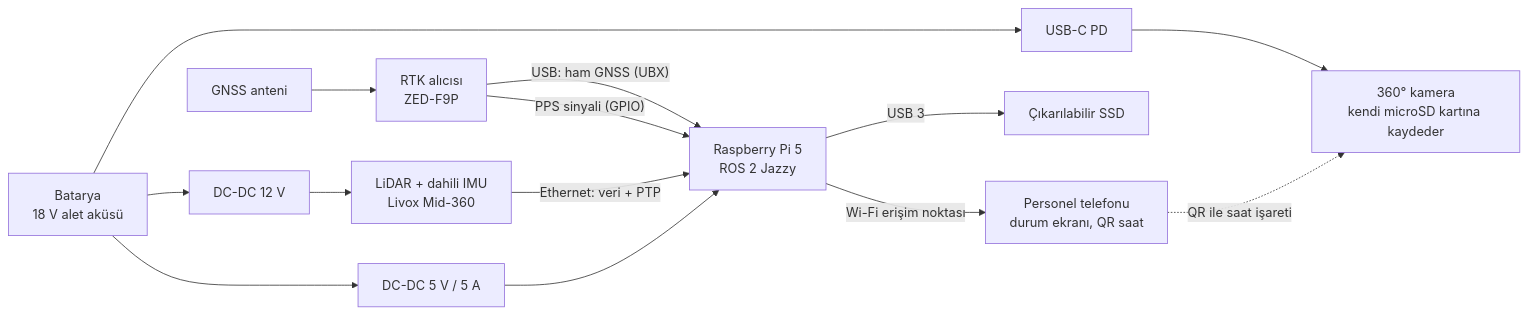
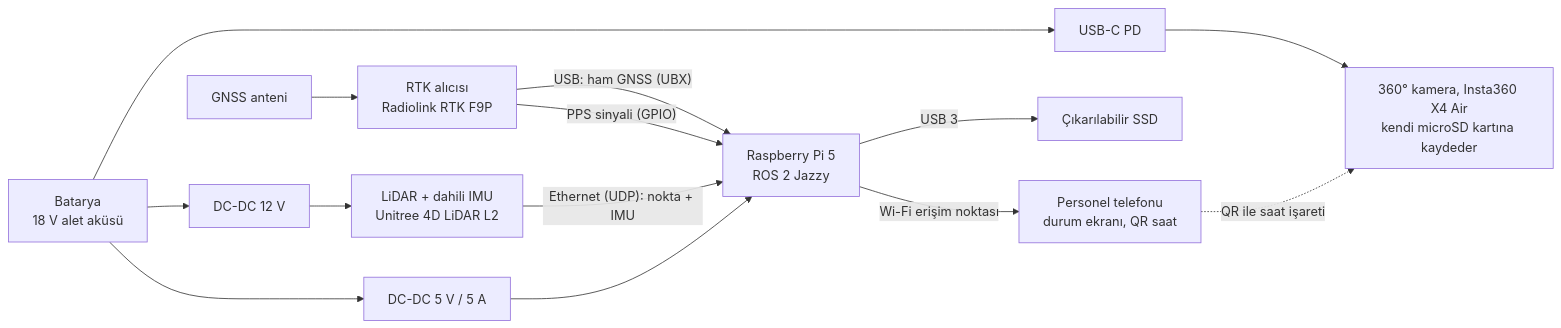
One commit to yusuftiryaki/orchadOS changed the diagram in docs/tarama-kiti.md. Above: the diagram before and after it, drawn with Mermaid. The commit also changed other lines of this file and 5 other files, not shown here.

````diff
--- a/docs/tarama-kiti.md
+++ b/docs/tarama-kiti.md
@@ -11,16 +13,16 @@
 ```mermaid
 flowchart LR
     BAT["Batarya<br/>18 V alet aküsü"] --> DC12["DC-DC 12 V"]
     BAT --> DC5["DC-DC 5 V / 5 A"]
     BAT --> PD["USB-C PD"]
-    ANT["GNSS anteni"] --> F9P["RTK alıcısı<br/>ZED-F9P"]
+    ANT["GNSS anteni"] --> F9P["RTK alıcısı<br/>Radiolink RTK F9P"]
     F9P -- "USB: ham GNSS (UBX)" --> PI["Raspberry Pi 5<br/>ROS 2 Jazzy"]
     F9P -- "PPS sinyali (GPIO)" --> PI
-    LID["LiDAR + dahili IMU<br/>Livox Mid-360"] -- "Ethernet: veri + PTP" --> PI
+    LID["LiDAR + dahili IMU<br/>Unitree 4D LiDAR L2"] -- "Ethernet (UDP): nokta + IMU" --> PI
     DC12 --> LID
     DC5 --> PI
     PI -- "USB 3" --> SSD["Çıkarılabilir SSD"]
     PI -- "Wi-Fi erişim noktası" --> TEL["Personel telefonu<br/>durum ekranı, QR saat"]
-    PD --> CAM["360° kamera<br/>kendi microSD kartına kaydeder"]
+    PD --> CAM["360° kamera, Insta360 X4 Air<br/>kendi microSD kartına kaydeder"]
     TEL -. "QR ile saat işareti" .-> CAM
 ```
````
